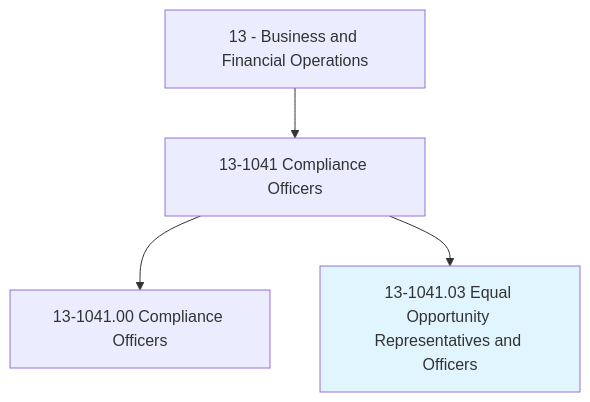
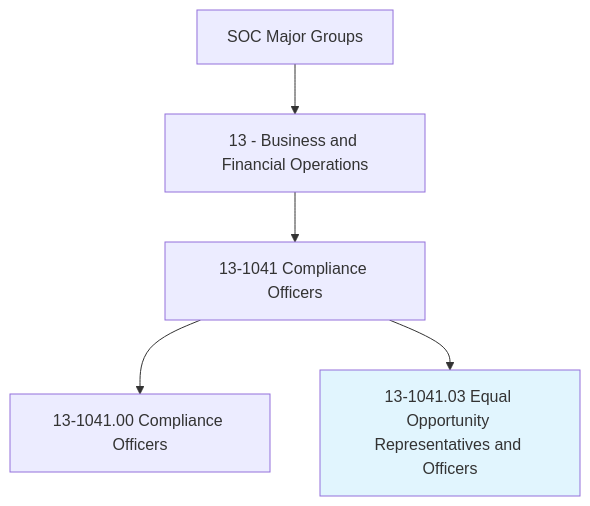
Before and after one commit to kziemski/business.org.ai: the first of 4 diagrams in occupations/Business/EqualOpportunityRepresentativesAndOfficers.mdx, drawn with Mermaid. The commit also changed other lines of this file and 938 other files, not shown here.

````diff
--- a/occupations/Business/EqualOpportunityRepresentativesAndOfficers.mdx
+++ b/occupations/Business/EqualOpportunityRepresentativesAndOfficers.mdx
@@ -19,7 +25,8 @@
 ```mermaid
 graph TD
-    Cat13["13 - Business and Financial Operations"] --> Group131041["13-1041 Compliance Officers"]
-    Group131041 --> Base["13-1041.00 Compliance Officers"]
-    Group131041 --> Current["13-1041.03 Equal Opportunity Representatives and Officers"]
+    SOC["SOC Major Groups"] --> Cat13["13 - Business and Financial Operations"]
+    Cat13 --> G131041["13-1041 Compliance Officers"]
+    G131041 --> Base["13-1041.00 Compliance Officers"]
+    G131041 --> Current["13-1041.03 Equal Opportunity Representatives and Officers"]
     style Current fill:#e1f5fe
 ```
````
